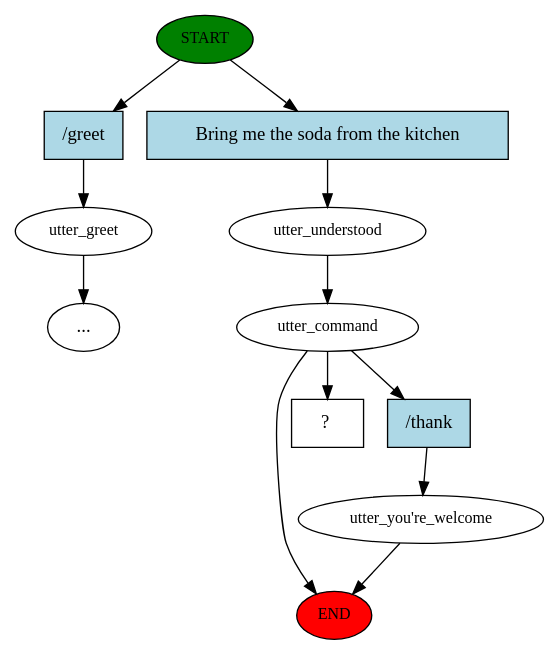
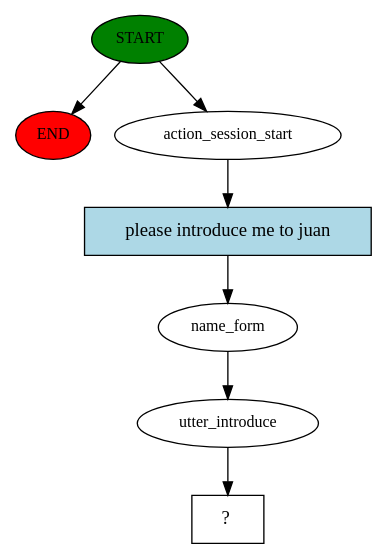
Before and after one commit to RoBorregos/robocup-home: the diagram in rasa/story_graph.dot, drawn with Graphviz. The commit also changed 43 other files, not shown here.

```diff
--- a/rasa/story_graph.dot
+++ b/rasa/story_graph.dot
@@ -1,24 +1,15 @@
 digraph  {
 0 [class="start active", fillcolor=green, fontsize=12, label=START, style=filled];
 "-1" [class=end, fillcolor=red, fontsize=12, label=END, style=filled];
-1 [class="", fontsize=12, label=utter_greet];
-2 [class=active, fontsize=12, label=utter_understood];
-3 [class=active, fontsize=12, label=utter_command];
-4 [class="", fontsize=12, label="utter_you're_welcome"];
-"-4" [class=ellipsis, label="..."];
-10 [class="intent dashed active", label="  ?  ", shape=rect];
-11 [class=intent, fillcolor=lightblue, label="\/greet", shape=rect, style=filled];
-12 [class="intent active", fillcolor=lightblue, label="Bring\ me\ the\ soda\ from\ the\ kitchen", shape=rect, style=filled];
-13 [class=intent, fillcolor=lightblue, label="\/thank", shape=rect, style=filled];
-0 -> 11  [class="", key=0];
-0 -> 12  [class=active, key=0];
-1 -> "-4"  [class="", key=NONE, label=""];
+1 [class=active, fontsize=12, label=action_session_start];
+2 [class=active, fontsize=12, label=name_form];
+3 [class=active, fontsize=12, label=utter_introduce];
+4 [class="intent dashed active", label="  ?  ", shape=rect];
+5 [class="intent active", fillcolor=lightblue, label="please introduce me to juan", shape=rect, style=filled];
+0 -> "-1"  [class="", key=NONE, label=""];
+0 -> 1  [class=active, key=NONE, label=""];
+1 -> 5  [class=active, key=0];
 2 -> 3  [class=active, key=NONE, label=""];
-3 -> "-1"  [class="", key=NONE, label=""];
-3 -> 10  [class=active, key=NONE, label=""];
-3 -> 13  [class="", key=0];
-4 -> "-1"  [class="", key=NONE, label=""];
-11 -> 1  [class="", key=0];
-12 -> 2  [class=active, key=0];
-13 -> 4  [class="", key=0];
+3 -> 4  [class=active, key=NONE, label=""];
+5 -> 2  [class=active, key=0];
 }
```
